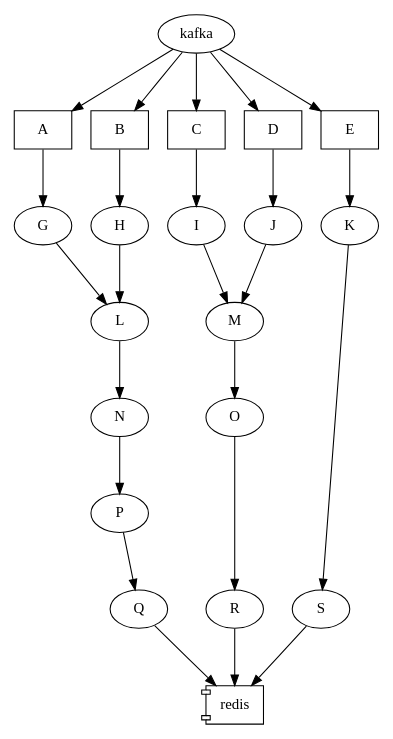
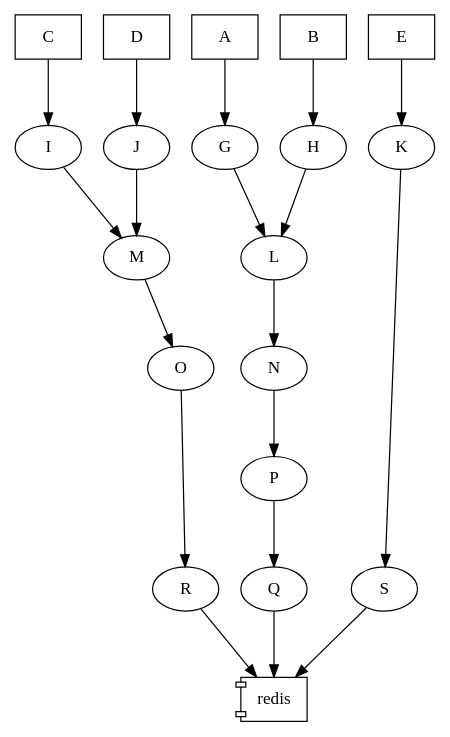
Before and after one commit to akiniwa/hobby: the diagram in python/p.pygraphviz/read.demo.dot, drawn with Graphviz.

Commit message:
read demo dot

```diff
--- a/python/p.pygraphviz/read.demo.dot
+++ b/python/p.pygraphviz/read.demo.dot
@@ -1,59 +1,54 @@
 digraph demo {
     ranksep=.75; size = "7.5,7.5";
 
     subgraph line1 {
         A [shape=box];
         B [shape=box];
         A -> G -> L -> N -> P -> Q -> redis;
         B -> H -> L;
         label = "process line 1";
     }
 
     subgraph line2 {
         C [shape=box];
         D [shape=box];
         C -> I -> M -> O -> R -> redis;
         D -> J -> M;
         label = "process line 2";
     }
 
     subgraph line3 {
         E [shape=box];
         redis [shape=component];
         E -> K -> S -> redis;
         label = "process line 3";
     }
 
     /*subgraph kafka {
         kafka -> A;
         kafka -> B;
         kafka -> E;
         kafka -> C;
         kafka -> D;
         label = "kafka";
     }*/
 
     { rank = same;
         "A", "B", "C", "D", "E";
     };
 
     { rank = same;
         "G", "H", "I", "J", "K";
     };
 
     { rank = same;
         "L", "M";
     };
     { rank = same;
         "N", "O";
     };
 
     { rank = same;
         "Q", "R", "S";
     };
-    kafka -> A;
-    kafka -> B;
-    kafka -> E;
-    kafka -> C;
-    kafka -> D;
 }
```
